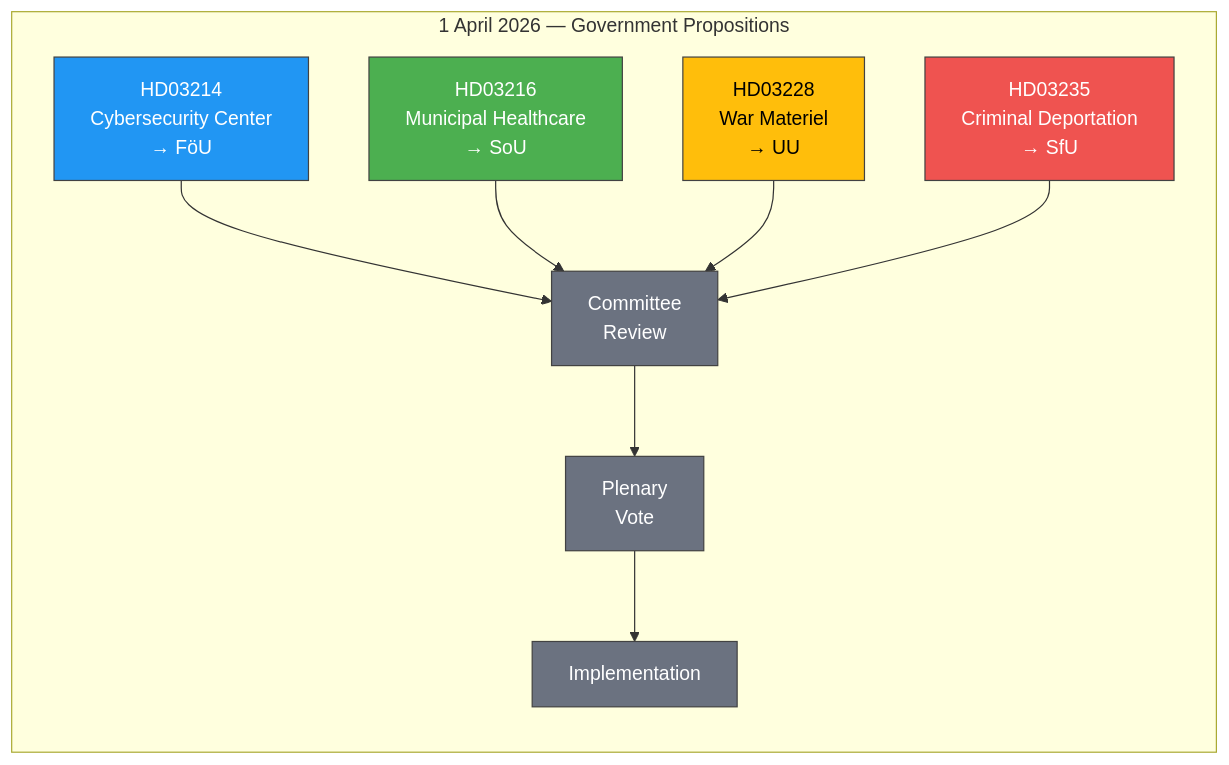
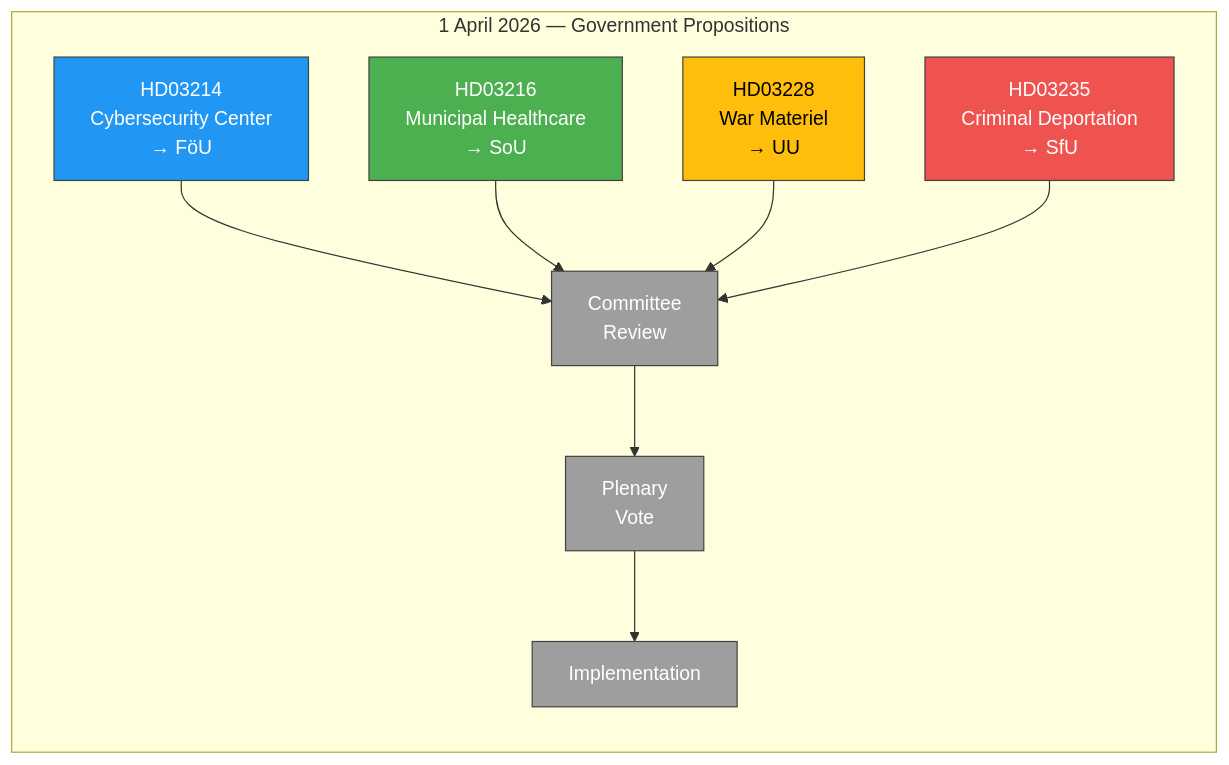
Before and after one commit to Hack23/riksdagsmonitor: the diagram in analysis/daily/2026-04-01/propositions/synthesis-summary.md, drawn with Mermaid. The commit also changed 121 other files, not shown here.

````diff
--- a/analysis/daily/2026-04-01/propositions/synthesis-summary.md
+++ b/analysis/daily/2026-04-01/propositions/synthesis-summary.md
@@ -33,19 +33,19 @@
 ```mermaid
 graph LR
     subgraph "1 April 2026 — Government Propositions"
         A["HD03214<br/>Cybersecurity Center<br/>→ FöU"] --> E["Committee<br/>Review"]
         B["HD03216<br/>Municipal Healthcare<br/>→ SoU"] --> E
         C["HD03228<br/>War Materiel<br/>→ UU"] --> E
         D["HD03235<br/>Criminal Deportation<br/>→ SfU"] --> E
         E --> F["Plenary<br/>Vote"]
         F --> G["Implementation"]
     end
     
     style A fill:#2196F3,stroke:#424242,color:#FFFFFF
     style B fill:#4CAF50,stroke:#424242,color:#FFFFFF
     style C fill:#ffbe0b,stroke:#424242,color:#000000
     style D fill:#EF5350,stroke:#424242,color:#FFFFFF
-    style E fill:#6b7280,stroke:#424242,color:#FFFFFF
-    style F fill:#6b7280,stroke:#424242,color:#FFFFFF
-    style G fill:#6b7280,stroke:#424242,color:#FFFFFF
+    style E fill:#9E9E9E,stroke:#424242,color:#FFFFFF
+    style F fill:#9E9E9E,stroke:#424242,color:#FFFFFF
+    style G fill:#9E9E9E,stroke:#424242,color:#FFFFFF
 ```
````
